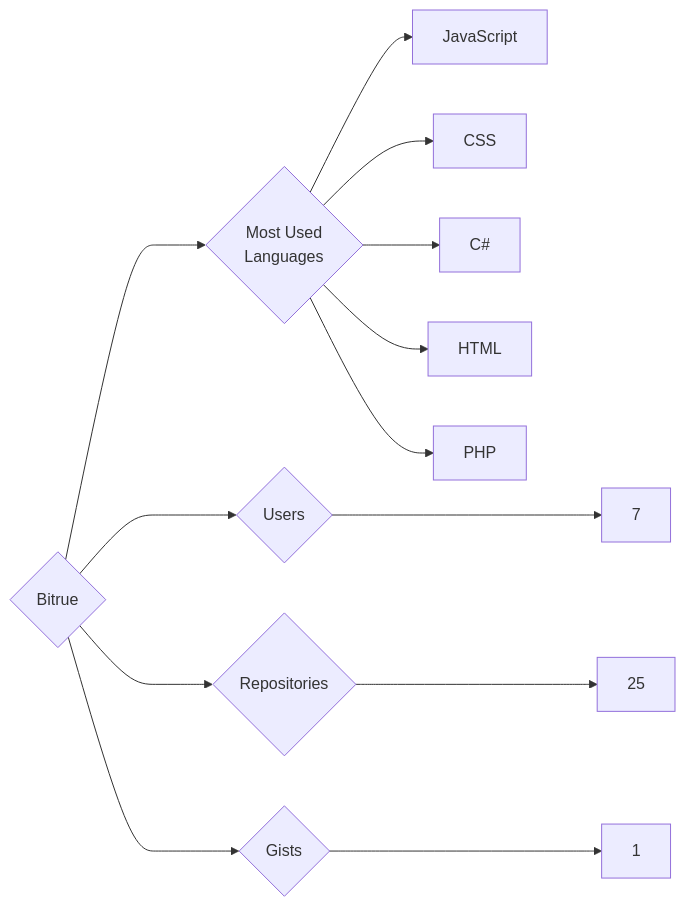
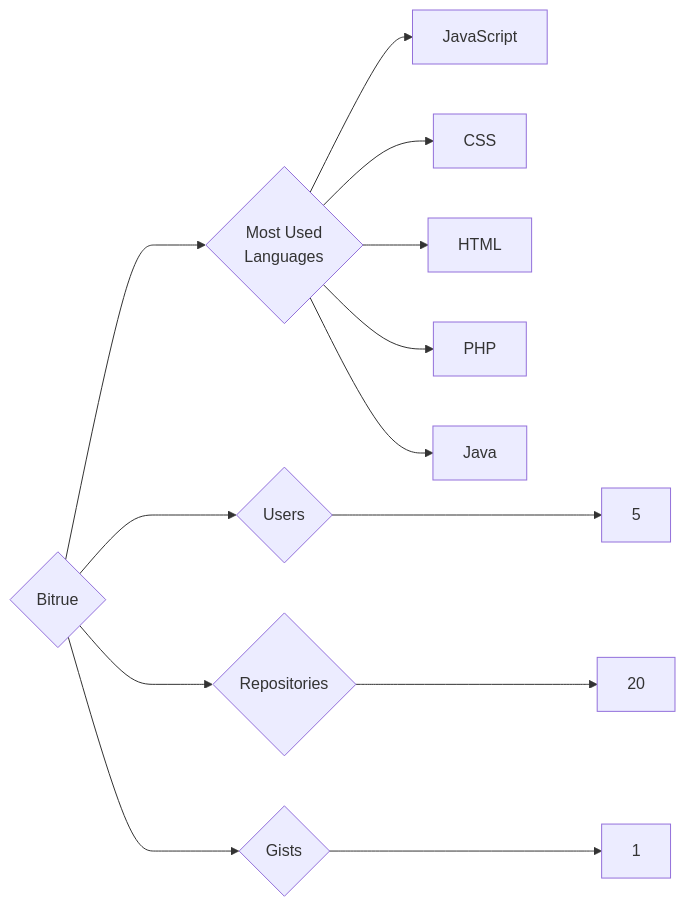
Before and after one commit to trickest/insiders: the diagram in targets/Bitrue/README.md, drawn with Mermaid. The commit also changed 688 other files, not shown here.

````diff
--- a/targets/Bitrue/README.md
+++ b/targets/Bitrue/README.md
@@ -3,13 +3,13 @@
 ```mermaid
 graph LR
 COMPANY_NAME{Bitrue}
-COMPANY_NAME ---> U{Users} ---> UN[7]
-COMPANY_NAME ---> R{Repositories} ---> RN[25]
+COMPANY_NAME ---> U{Users} ---> UN[5]
+COMPANY_NAME ---> R{Repositories} ---> RN[20]
 COMPANY_NAME ---> G{Gists} ---> GN[1]
 COMPANY_NAME ---> ML{Most Used<br>Languages}
 ML --> JavaScript[JavaScript]
 ML --> CSS[CSS]
-ML --> C#[C#]
 ML --> HTML[HTML]
 ML --> PHP[PHP]
+ML --> Java[Java]
 ```
````
